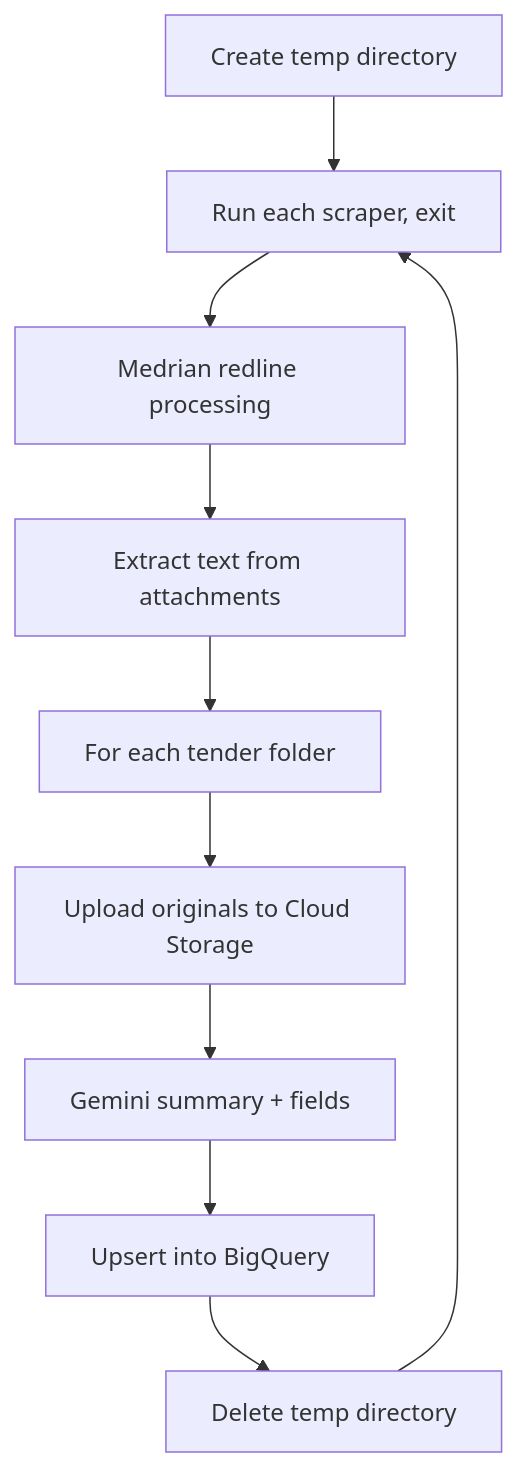
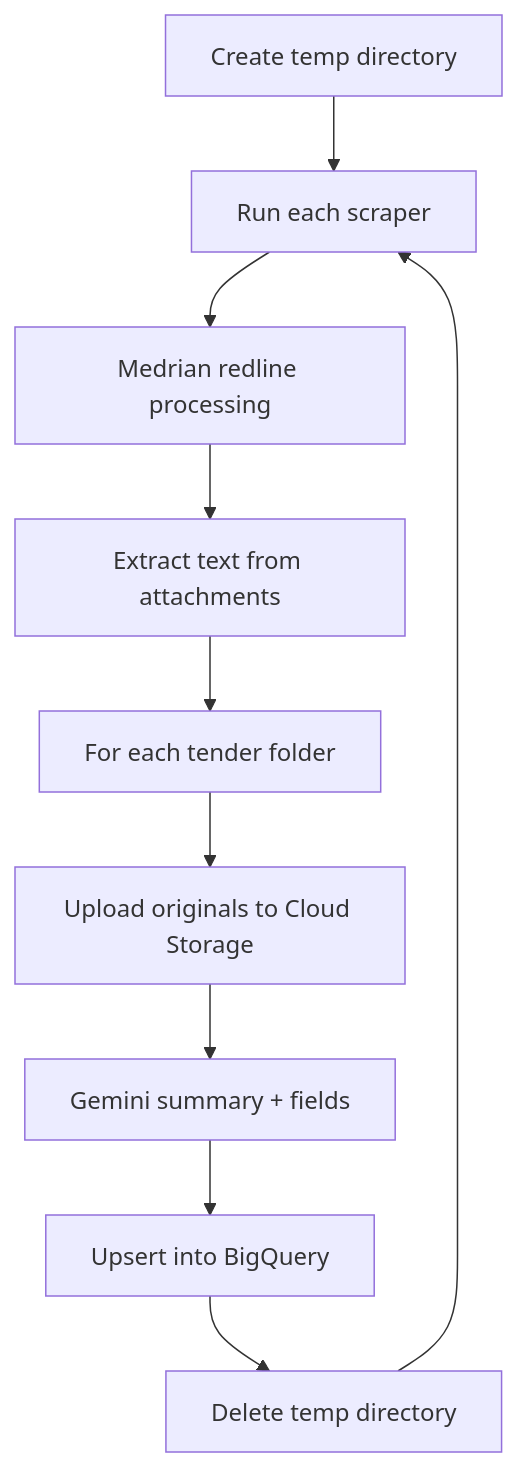
One commit to UtkristaUwa/CITS3200_57 changed the second of 4 diagrams in docs/documentation.md. Above: the diagram before and after it, drawn with Mermaid.

Commit message:
Fix formatting in documentation for scraper step

````diff
--- a/docs/documentation.md
+++ b/docs/documentation.md
@@ -153,14 +153,14 @@
 ```mermaid
 flowchart TD
     tmp["Create temp directory"] --> scrape["Run each scraper"]
     scrape --> medrian["Medrian redline processing"]
     medrian --> extract["Extract text from attachments"]
     extract --> each["For each tender folder"]
     each --> upload["Upload originals to Cloud Storage"]
     upload --> gemini["Gemini summary + fields"]
     gemini --> upsert["Upsert into BigQuery"]
     upsert --> done["Delete temp directory"]
-    done --> scrape["Run each scraper, exit"]
+    done --> scrape["Run each scraper"]
 
 
 ```
````
